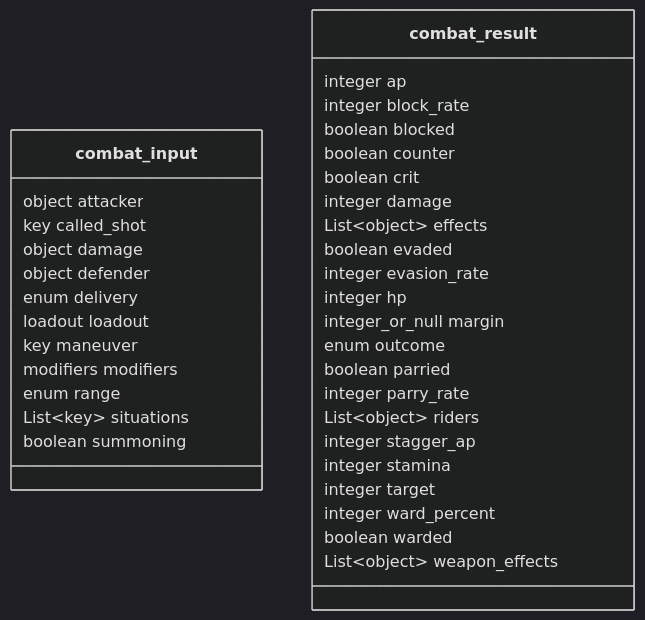
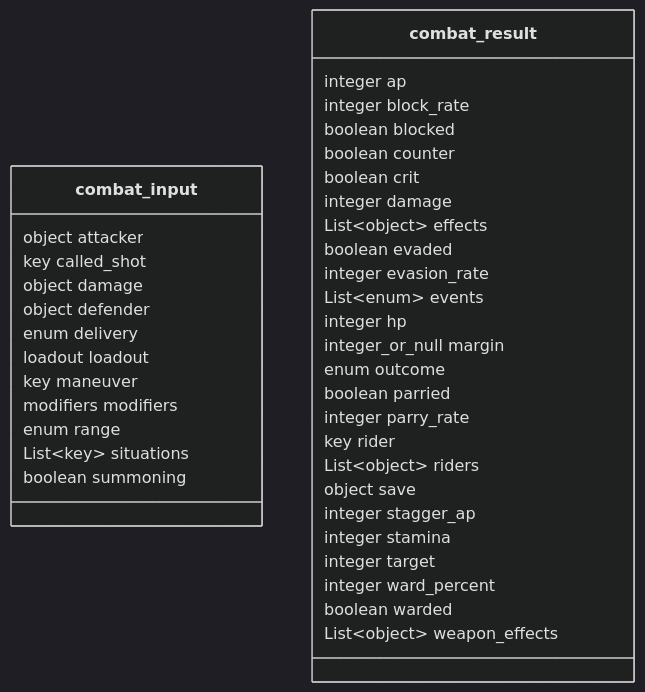
One commit to SETA1609/riftweave-core changed the seventh of 28 diagrams in docs/backend/contract-diagram.md. Above: the diagram before and after it, drawn with Mermaid (dark theme). The commit also changed other lines of this file and 20 other files, not shown here.

````diff
--- a/docs/backend/contract-diagram.md
+++ b/docs/backend/contract-diagram.md
@@ -241,39 +241,42 @@
 ```mermaid
 classDiagram
     class combat_input {
         object attacker
         key called_shot
         object damage
         object defender
         enum delivery
         loadout loadout
         key maneuver
         modifiers modifiers
         enum range
         List~key~ situations
         boolean summoning
     }
     class combat_result {
         integer ap
         integer block_rate
         boolean blocked
         boolean counter
         boolean crit
         integer damage
         List~object~ effects
         boolean evaded
         integer evasion_rate
+        List~enum~ events
         integer hp
         integer_or_null margin
         enum outcome
         boolean parried
         integer parry_rate
+        key rider
         List~object~ riders
+        object save
         integer stagger_ap
         integer stamina
         integer target
         integer ward_percent
         boolean warded
         List~object~ weapon_effects
     }
 ```
````
